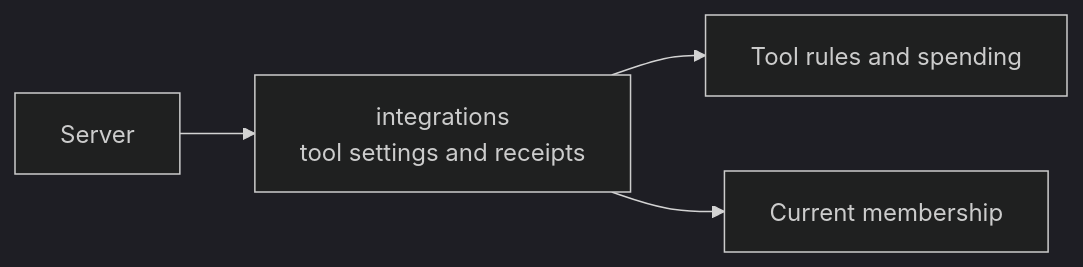
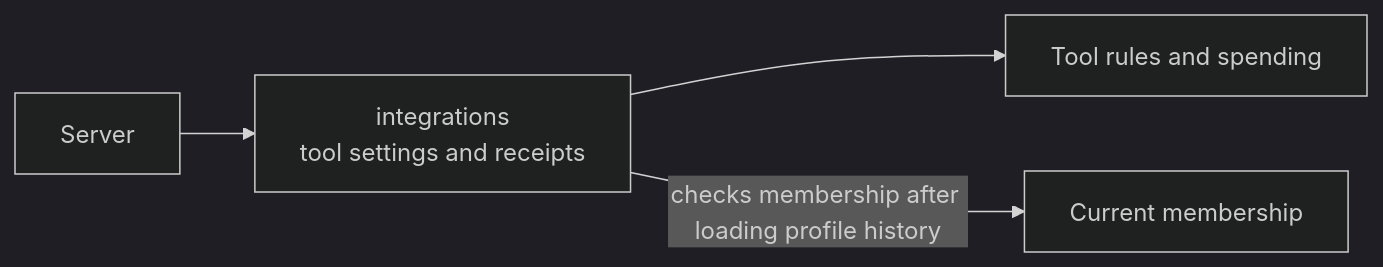
One commit to elewa-git/opencrane-new changed the diagram in apps/server/src/integrations/README.md. Above: the diagram before and after it, drawn with Mermaid (dark theme). The commit also changed other lines of this file and 10 other files, not shown here.

Commit message:
🔎 Let members read their own saved profile metadata

````diff
--- a/apps/server/src/integrations/README.md
+++ b/apps/server/src/integrations/README.md
@@ -65,6 +69,6 @@
 ```mermaid
 flowchart LR
   server[Server] --> integrations["integrations<br/>tool settings and receipts"]
   integrations --> models[Tool rules and spending]
-  integrations --> members[Current membership]
+  integrations -->|checks membership after loading profile history| members[Current membership]
 ```
````
